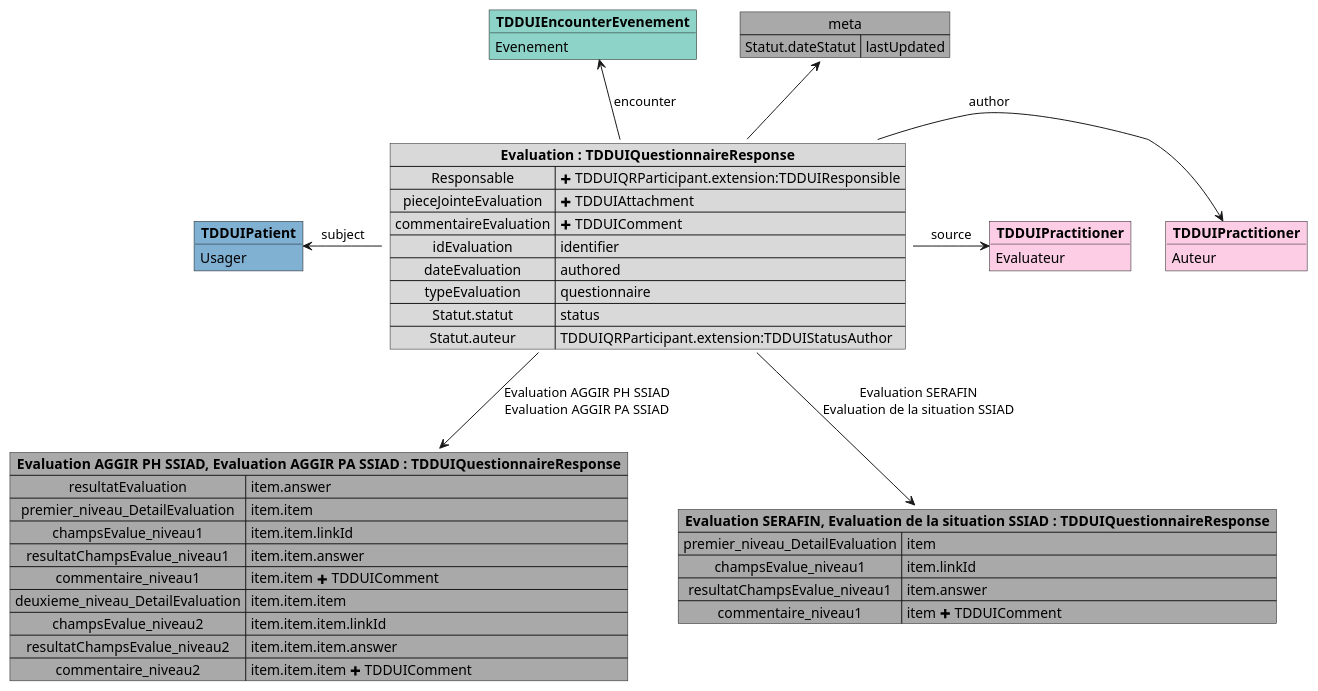
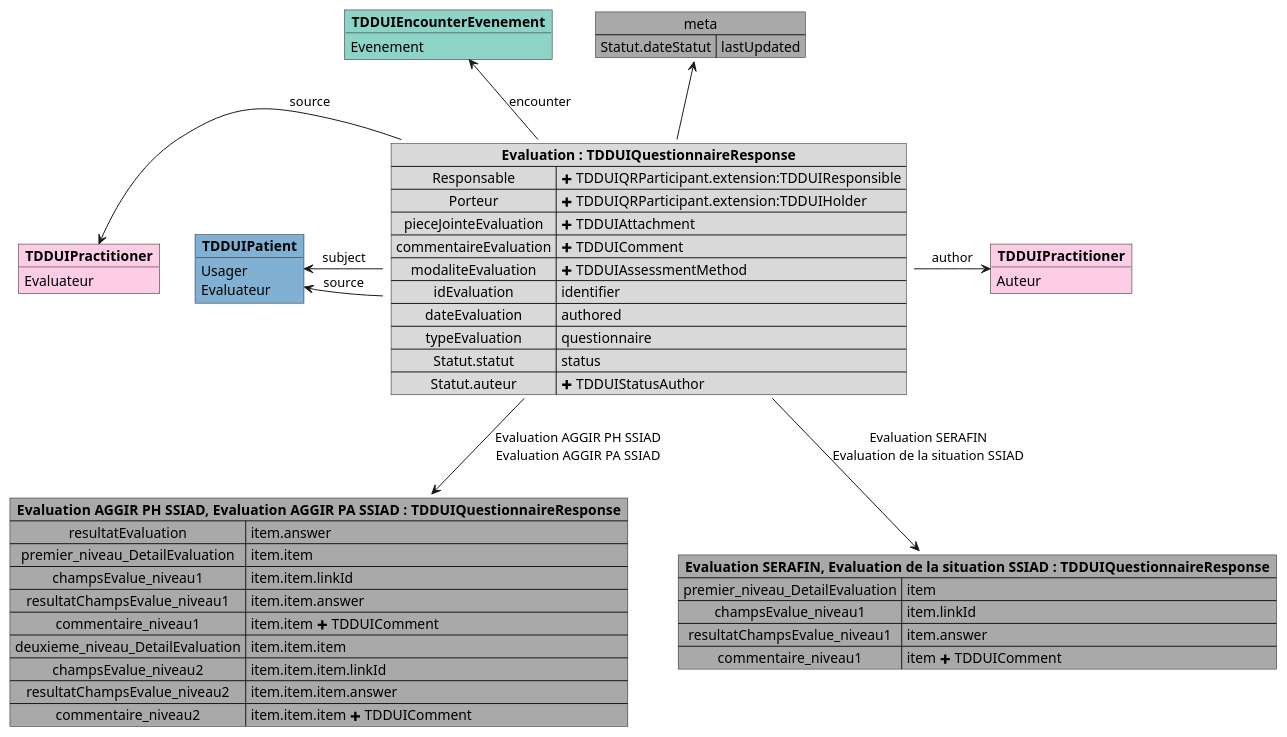
The diagram in input/images-source/mapping_TDDUIQuestionnaireResponse.plantuml (ansforge/IG-fhir-medicosocial-transfert-donnees-dui), drawn with PlantUML before and after one commit. The commit also changed 5 other files, not shown here.

```diff
--- a/input/images-source/mapping_TDDUIQuestionnaireResponse.plantuml
+++ b/input/images-source/mapping_TDDUIQuestionnaireResponse.plantuml
@@ -1,62 +1,66 @@
 @startuml
 
 map "**Evaluation AGGIR PH SSIAD, Evaluation AGGIR PA SSIAD : TDDUIQuestionnaireResponse**" as aggir #DarkGray {
     resultatEvaluation => item.answer
     premier_niveau_DetailEvaluation => item.item
     champsEvalue_niveau1 => item.item.linkId
     resultatChampsEvalue_niveau1 => item.item.answer
     commentaire_niveau1 => item.item <&plus> TDDUIComment
     deuxieme_niveau_DetailEvaluation => item.item.item
     champsEvalue_niveau2 => item.item.item.linkId
     resultatChampsEvalue_niveau2 => item.item.item.answer
     commentaire_niveau2 => item.item.item <&plus> TDDUIComment
 }
 
 map "**Evaluation SERAFIN, Evaluation de la situation SSIAD : TDDUIQuestionnaireResponse**" as autre #DarkGray {
     premier_niveau_DetailEvaluation => item
     champsEvalue_niveau1 => item.linkId
     resultatChampsEvalue_niveau1 => item.answer
     commentaire_niveau1 => item <&plus> TDDUIComment
 }
 
 object "**TDDUIEncounterEvenement**" as TDDUIEncounterEvenement #8dd3c7 {
     Evenement
 }
 
 map "meta" as meta #DarkGray {
     Statut.dateStatut => lastUpdated
 }
 
 object "**TDDUIPatient**" as TDDUIPatient_subject #80b1d3 {
     Usager
+    Evaluateur
 }
 
 object "**TDDUIPractitioner**" as TDDUIPractitioner_author #fccde5 {
     Auteur
 }
 
 object "**TDDUIPractitioner**" as TDDUIPractitioner_source #fccde5 {
     Evaluateur
 }
 
 map "**Evaluation : TDDUIQuestionnaireResponse**" as Evaluation #d9d9d9 {
     Responsable => <&plus> TDDUIQRParticipant.extension:TDDUIResponsible
+    Porteur => <&plus> TDDUIQRParticipant.extension:TDDUIHolder
     pieceJointeEvaluation => <&plus> TDDUIAttachment
     commentaireEvaluation => <&plus> TDDUIComment
+    modaliteEvaluation  => <&plus> TDDUIAssessmentMethod 
     idEvaluation => identifier
     dateEvaluation => authored
     typeEvaluation => questionnaire
     Statut.statut  => status
-    Statut.auteur => TDDUIQRParticipant.extension:TDDUIStatusAuthor
+    Statut.auteur => <&plus> TDDUIStatusAuthor
 }
 
 Evaluation -u-> meta
 Evaluation --> aggir : Evaluation AGGIR PH SSIAD\nEvaluation AGGIR PA SSIAD
 Evaluation --> autre : Evaluation SERAFIN\nEvaluation de la situation SSIAD
 
 Evaluation -l-> TDDUIPatient_subject : subject
+Evaluation -l-> TDDUIPatient_subject : source
 Evaluation -r-> TDDUIPractitioner_author : author
-Evaluation -r-> TDDUIPractitioner_source : source
- Evaluation -u-> TDDUIEncounterEvenement : encounter
+Evaluation -l-> TDDUIPractitioner_source : source
+Evaluation -u-> TDDUIEncounterEvenement : encounter
 
 @enduml
```
